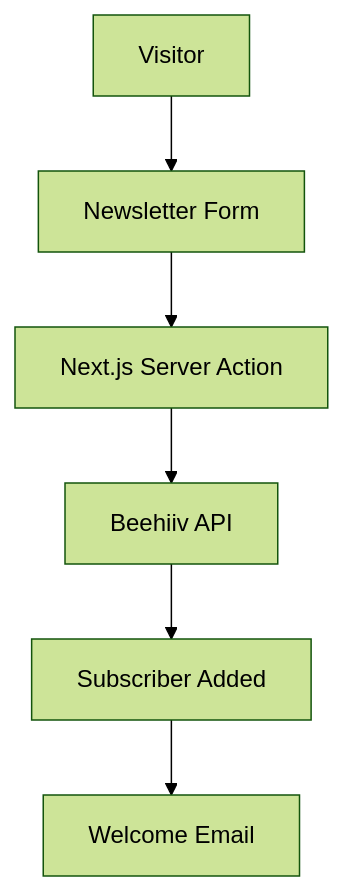
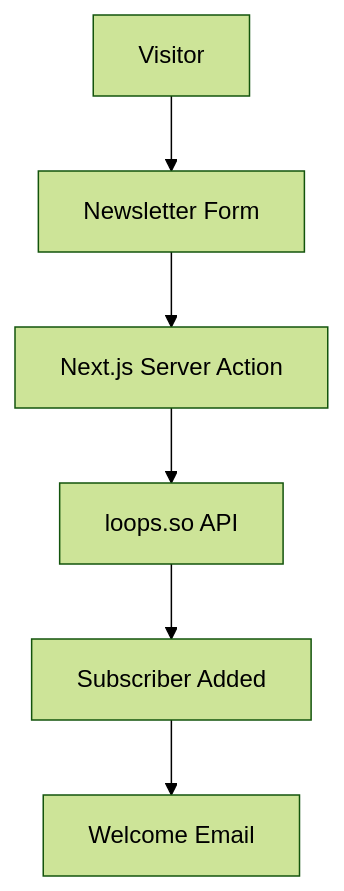
One commit to Promethix-Lab/promethix-lab changed the second of 7 diagrams in IMPLEMENTATION.md. Above: the diagram before and after it, drawn with Mermaid (forest theme). The commit also changed other lines of this file and 19 other files, not shown here.

````diff
--- a/IMPLEMENTATION.md
+++ b/IMPLEMENTATION.md
@@ -123,9 +123,9 @@
 ```mermaid
 flowchart TD
 
 A[Visitor] --> B[Newsletter Form]
 B --> C[Next.js Server Action]
-C --> D[Beehiiv API]
+C --> D[loops.so API]
 D --> E[Subscriber Added]
 E --> F[Welcome Email]
 ```
````
